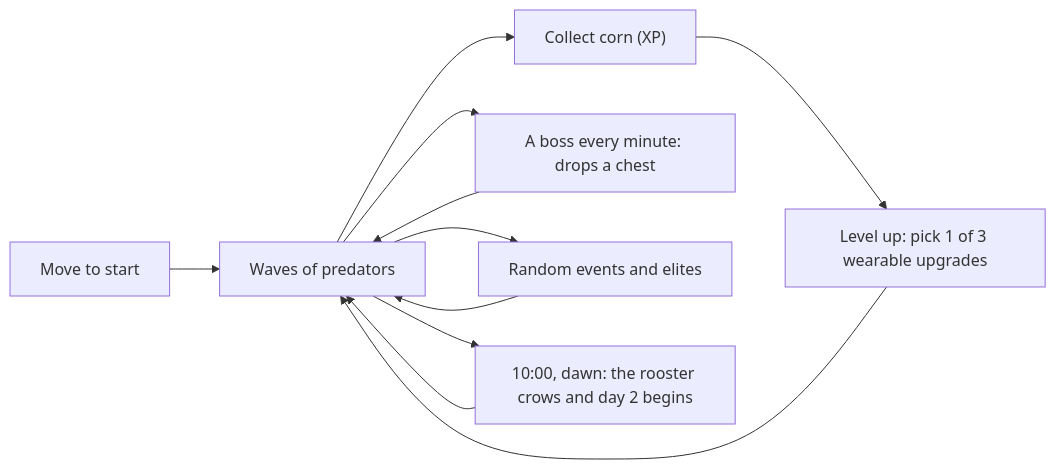
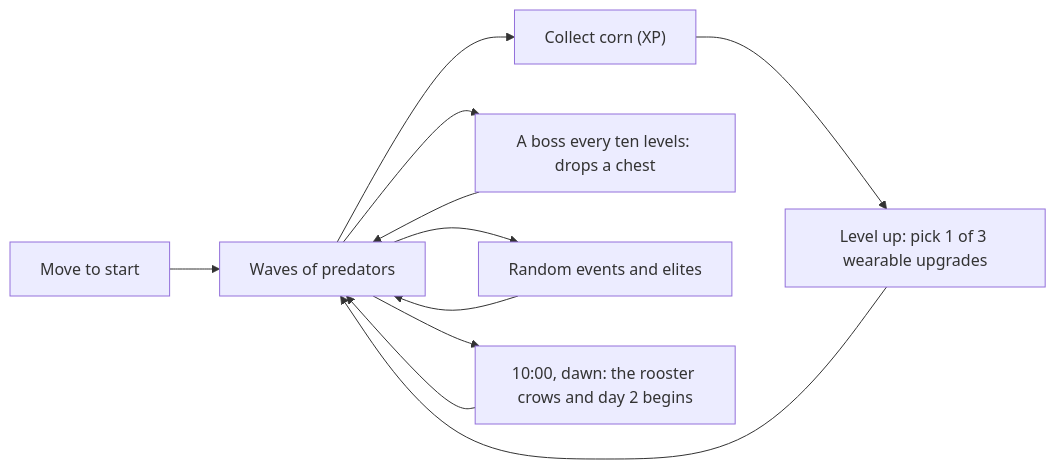
Before and after one commit to RodolfoXiloj/quiquiriqui-32k: the diagram in README.md, drawn with Mermaid. The commit also changed other lines of this file and 6 other files, not shown here.

````diff
--- a/README.md
+++ b/README.md
@@ -139,13 +139,13 @@
 ```mermaid
 flowchart LR
   A["Move to start"] --> B["Waves of predators"]
   B --> C["Collect corn (XP)"]
   C --> D["Level up: pick 1 of 3 wearable upgrades"]
   D --> B
-  B --> E["A boss every minute: drops a chest"]
+  B --> E["A boss every ten levels: drops a chest"]
   E --> B
   B --> G["Random events and elites"]
   G --> B
   B --> F["10:00, dawn: the rooster crows and day 2 begins"]
   F --> B
 ```
````
